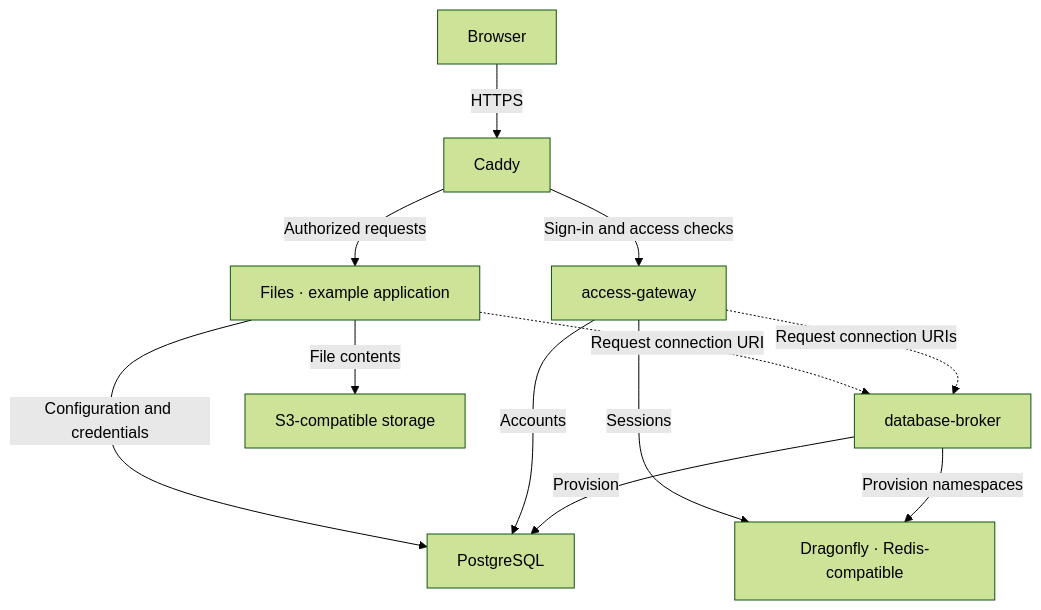
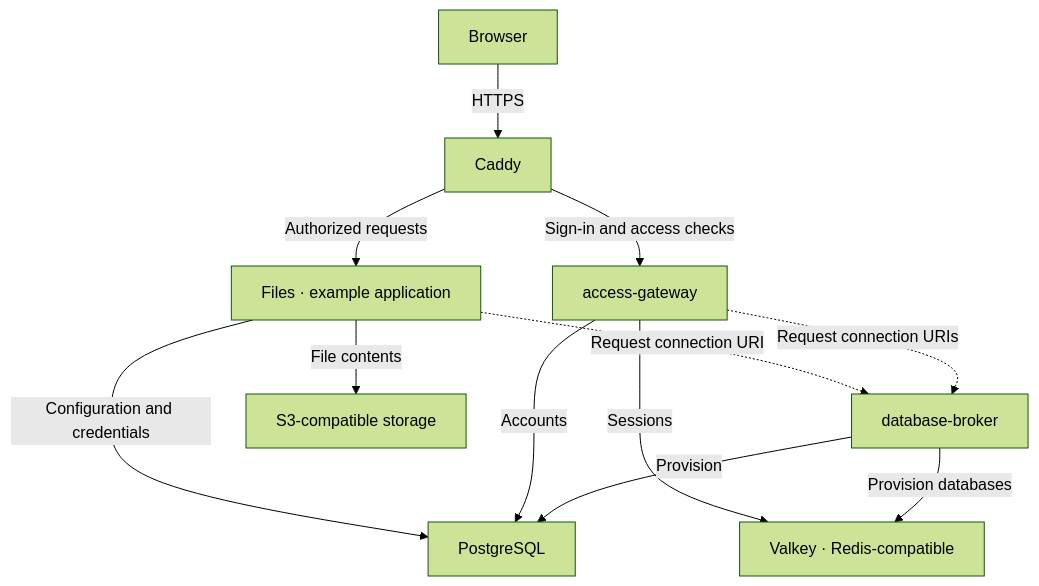
One commit to razzie-cloud/.github changed the diagram in profile/README.md. Above: the diagram before and after it, drawn with Mermaid (forest theme). The commit also changed other lines of this file, not shown here.

Commit message:
docs: update profile diagram and text to Valkey

````diff
--- a/profile/README.md
+++ b/profile/README.md
@@ -9,14 +9,14 @@
 ```mermaid
 flowchart TD
     Browser -->|HTTPS| Caddy
     Caddy -->|Sign-in and access checks| Gateway[access-gateway]
     Caddy -->|Authorized requests| Files[Files · example application]
     Gateway -.->|Request connection URIs| Broker[database-broker]
     Files -.->|Request connection URI| Broker
     Broker -->|Provision| PostgreSQL
-    Broker -->|Provision namespaces| Dragonfly[Dragonfly · Redis-compatible]
+    Broker -->|Provision databases| Valkey[Valkey · Redis-compatible]
     Gateway -->|Accounts| PostgreSQL
-    Gateway -->|Sessions| Dragonfly
+    Gateway -->|Sessions| Valkey
     Files -->|Configuration and credentials| PostgreSQL
     Files -->|File contents| S3[S3-compatible storage]
 ```
````
